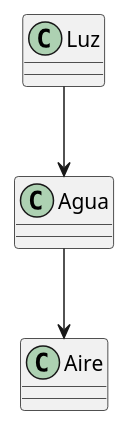
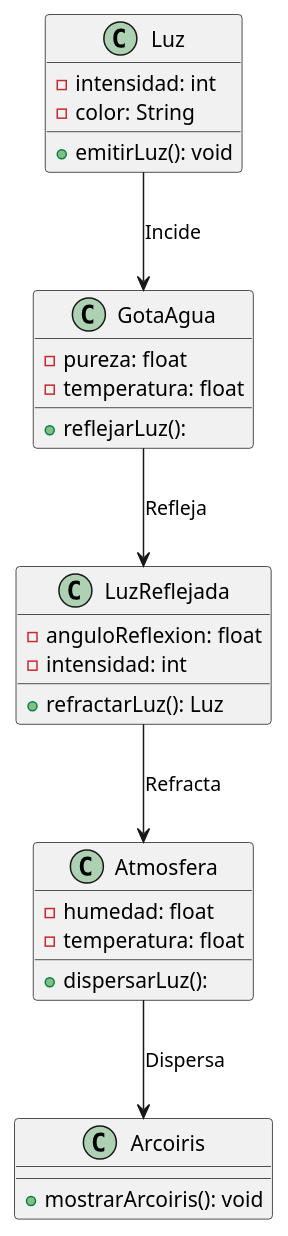
Before and after one commit to mmasias/24-25-IdSw1: the diagram in entregas/celayaIker/Ejercicio003/Arcoiris/Arcoiris.puml, drawn with PlantUML. The commit also changed 3 other files, not shown here.

```diff
--- a/entregas/celayaIker/Ejercicio003/Arcoiris/Arcoiris.puml
+++ b/entregas/celayaIker/Ejercicio003/Arcoiris/Arcoiris.puml
@@ -1,16 +1,34 @@
 @startuml Arcoiris
 Class Luz{
-
+	-intensidad: int
+	-color: String
+	+emitirLuz(): void
 }
 
-Class Agua{
-
+Class GotaAgua{
+	-pureza: float
+	-temperatura: float
+	+reflejarLuz():
 }
 
-Class Aire{
-
+Class LuzReflejada{
+	-anguloReflexion: float
+	-intensidad: int
+	+refractarLuz(): Luz
 }
 
-Luz --> Agua
-Agua --> Aire
+Class Atmosfera{
+	-humedad: float
+	-temperatura: float
+	+dispersarLuz():
+}
+
+Class Arcoiris{
+	+mostrarArcoiris(): void
+}
+
+Luz --> GotaAgua : Incide
+GotaAgua --> LuzReflejada : Refleja
+LuzReflejada --> Atmosfera : Refracta
+Atmosfera --> Arcoiris : Dispersa
 @enduml
```
